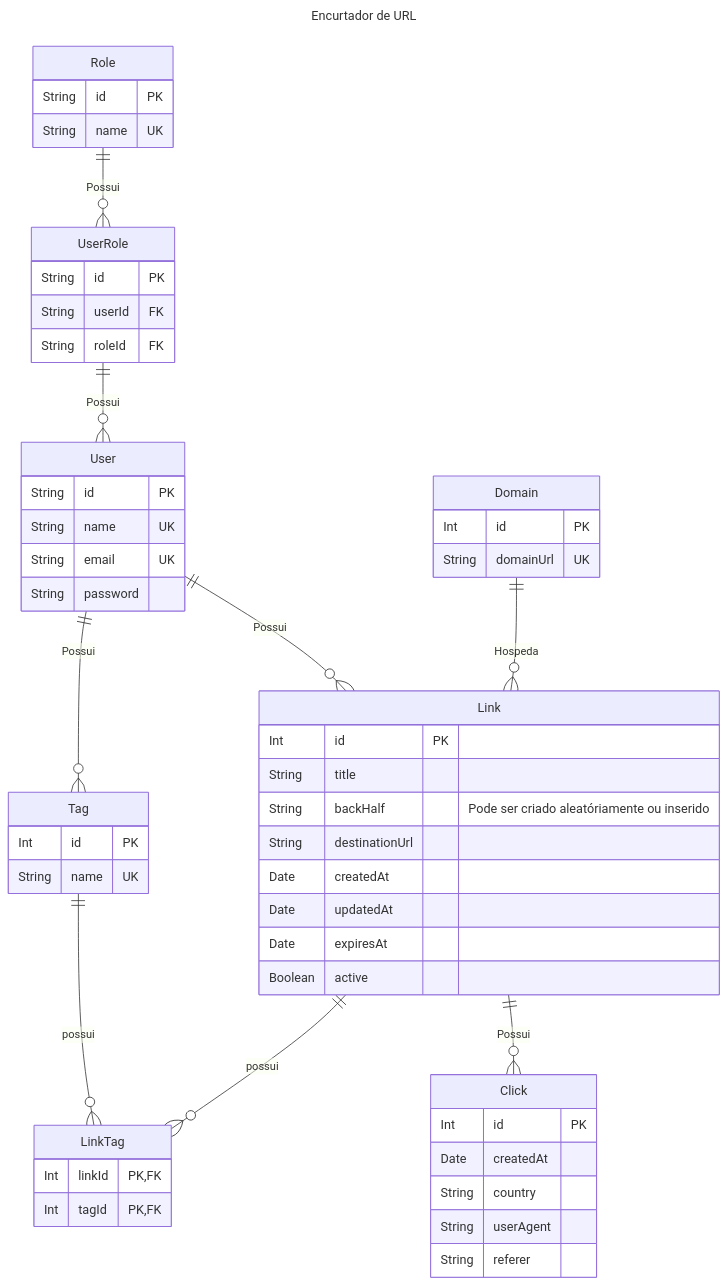
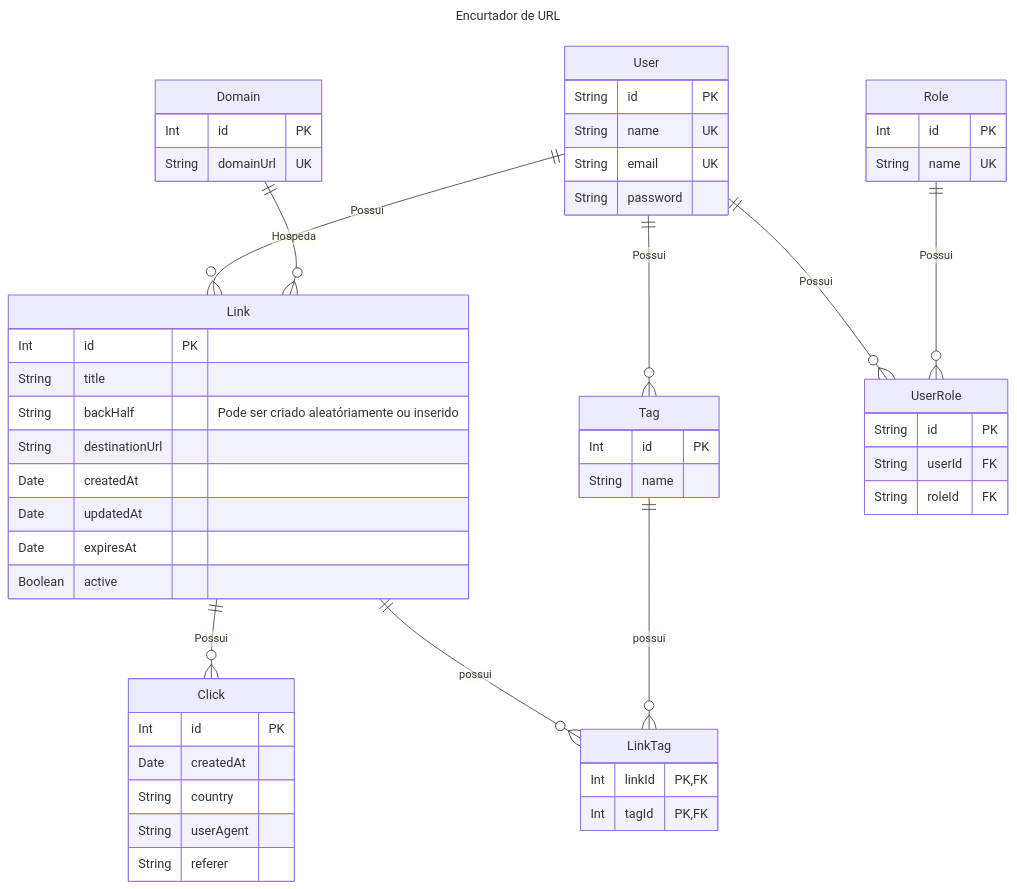
The diagram in linkr-api/README.md (WillianSilva51/Linkr), drawn with Mermaid before and after one commit. The commit also changed other lines of this file, not shown here.

````diff
--- a/linkr-api/README.md
+++ b/linkr-api/README.md
@@ -1,71 +3,71 @@
 ```mermaid
 ---
 title: Encurtador de URL
 ---
 
 erDiagram
     direction TB
 
     User ||--o{ Link: Possui
     Domain ||--o{ Link: Hospeda
     Link ||--o{ Click: Possui
     Link ||--o{ LinkTag: possui
     Tag ||--o{ LinkTag: possui
-    UserRole ||--o{ User: Possui
+    User ||--o{ UserRole: Possui
     Role ||--o{ UserRole: Possui
     User ||--o{ Tag: Possui
 
     User {
         String id PK
         String name UK
         String email UK
         String password
     }
 
     Role {
-        String id PK
+        Int id PK
         String name UK
     }
 
     UserRole {
         String id PK
         String userId FK
         String roleId FK
     }
 
     Link {
         Int id PK
         String title
         String backHalf "Pode ser criado aleatóriamente ou inserido"
         String destinationUrl
         Date createdAt
         Date updatedAt
         Date expiresAt
         Boolean active
     }
 %% Constraint: UNIQUE(domainId, backHalf)
 
     Domain {
         Int id PK
         String domainUrl UK
     }
 
     Tag {
         Int id PK
-        String name UK
+        String name
     }
     %% Constraint: UNIQUE(userId, name)
 
     LinkTag {
         Int linkId PK, FK
         Int tagId PK, FK
     }
 
     Click {
         Int id PK
         Date createdAt
         String country
         String userAgent
         String referer
     }
 ```
````
